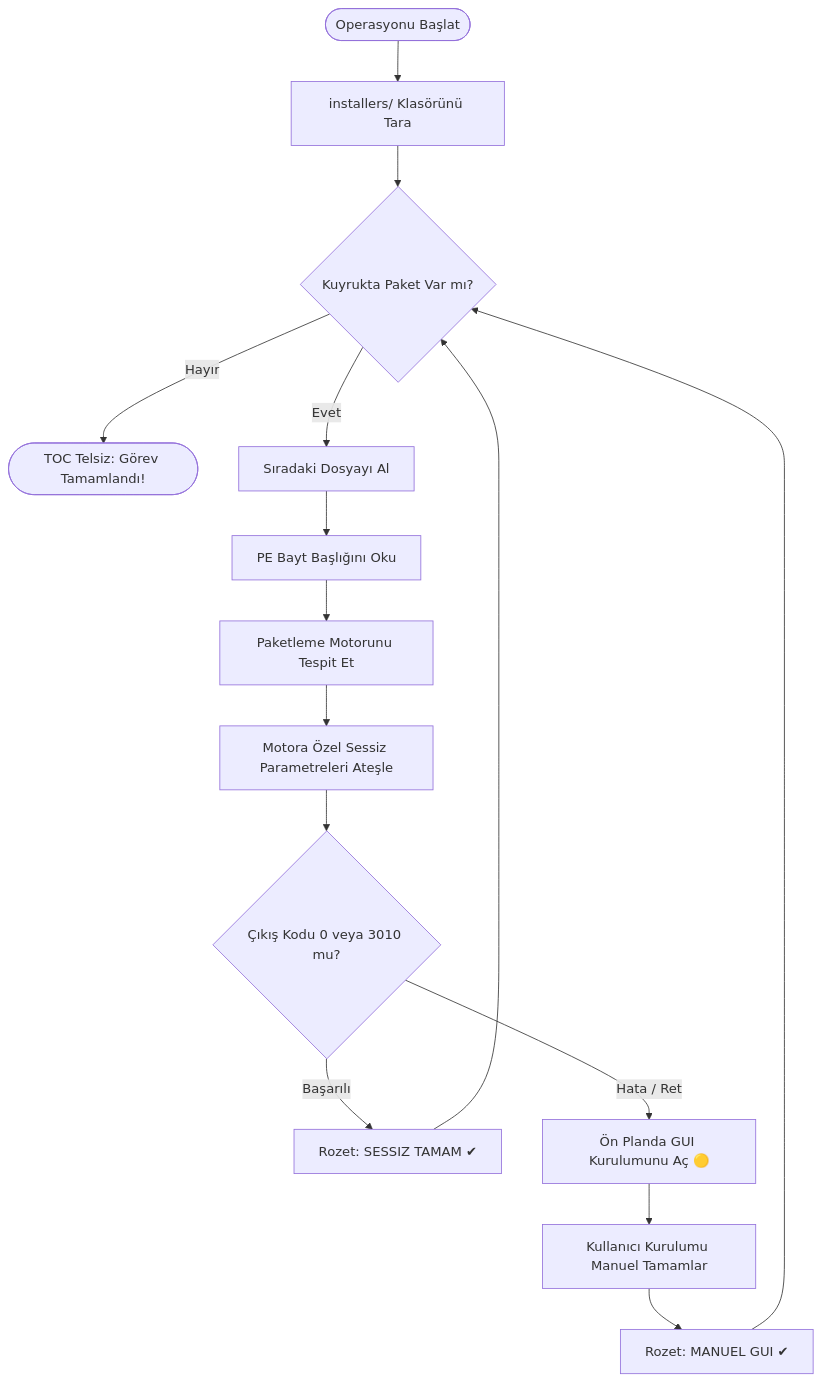
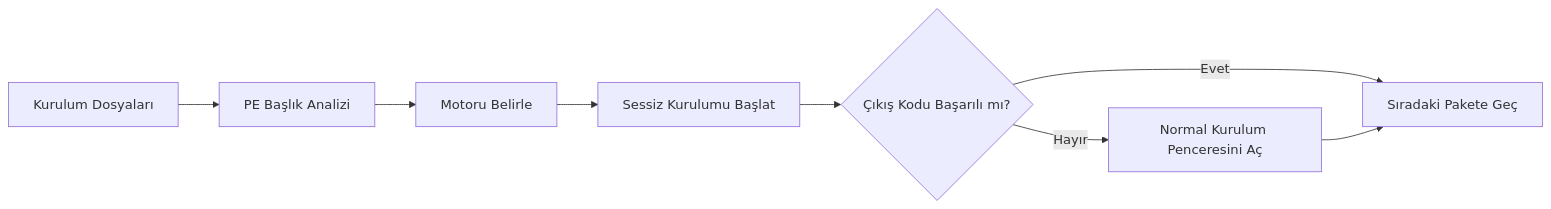
One commit to Uwedwa/install-or-not changed the diagram in README_TR.md. Above: the diagram before and after it, drawn with Mermaid. The commit also changed other lines of this file and 1 other file, not shown here.

````diff
--- a/README_TR.md
+++ b/README_TR.md
@@ -132,22 +54,10 @@
 ```mermaid
-flowchart TD
-    Basla([Operasyonu Başlat]) --> Tara[installers/ Klasörünü Tara]
-    Tara --> KuyrukKontrol{Kuyrukta Paket Var mı?}
-    
-    KuyrukKontrol -- Hayır --> Brifing([TOC Telsiz: Görev Tamamlandı!])
-    KuyrukKontrol -- Evet --> Siradaki[Sıradaki Dosyayı Al]
-    
-    Siradaki --> BaslikOku[PE Bayt Başlığını Oku]
-    BaslikOku --> MotorBelirle[Paketleme Motorunu Tespit Et]
-    MotorBelirle --> SessizKur[Motora Özel Sessiz Parametreleri Ateşle]
-    
-    SessizKur --> CikisKontrol{Çıkış Kodu 0 veya 3010 mu?}
-    CikisKontrol -- Başarılı --> DurumOK[Rozet: SESSIZ TAMAM ✔]
-    CikisKontrol -- Hata / Ret --> ArayuzAc[Ön Planda GUI Kurulumunu Aç 🟡]
-    
-    ArayuzAc --> ManuelKurulum[Kullanıcı Kurulumu Manuel Tamamlar]
-    ManuelKurulum --> DurumManuel[Rozet: MANUEL GUI ✔]
-    
-    DurumOK --> KuyrukKontrol
-    DurumManuel --> KuyrukKontrol
+flowchart LR
+    A[Kurulum Dosyaları] --> B[PE Başlık Analizi]
+    B --> C[Motoru Belirle]
+    C --> D[Sessiz Kurulumu Başlat]
+    D --> E{Çıkış Kodu Başarılı mı?}
+    E -- Evet --> F[Sıradaki Pakete Geç]
+    E -- Hayır --> G[Normal Kurulum Penceresini Aç]
+    G --> F
 ```
````
